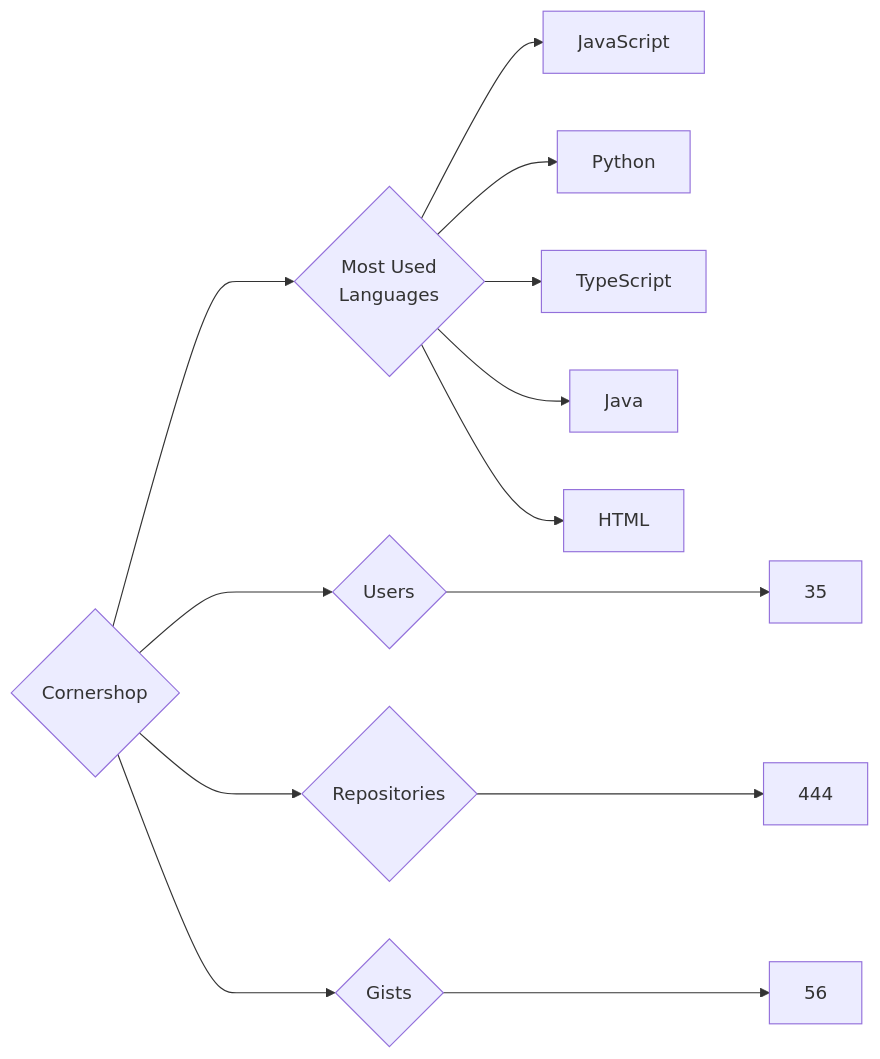
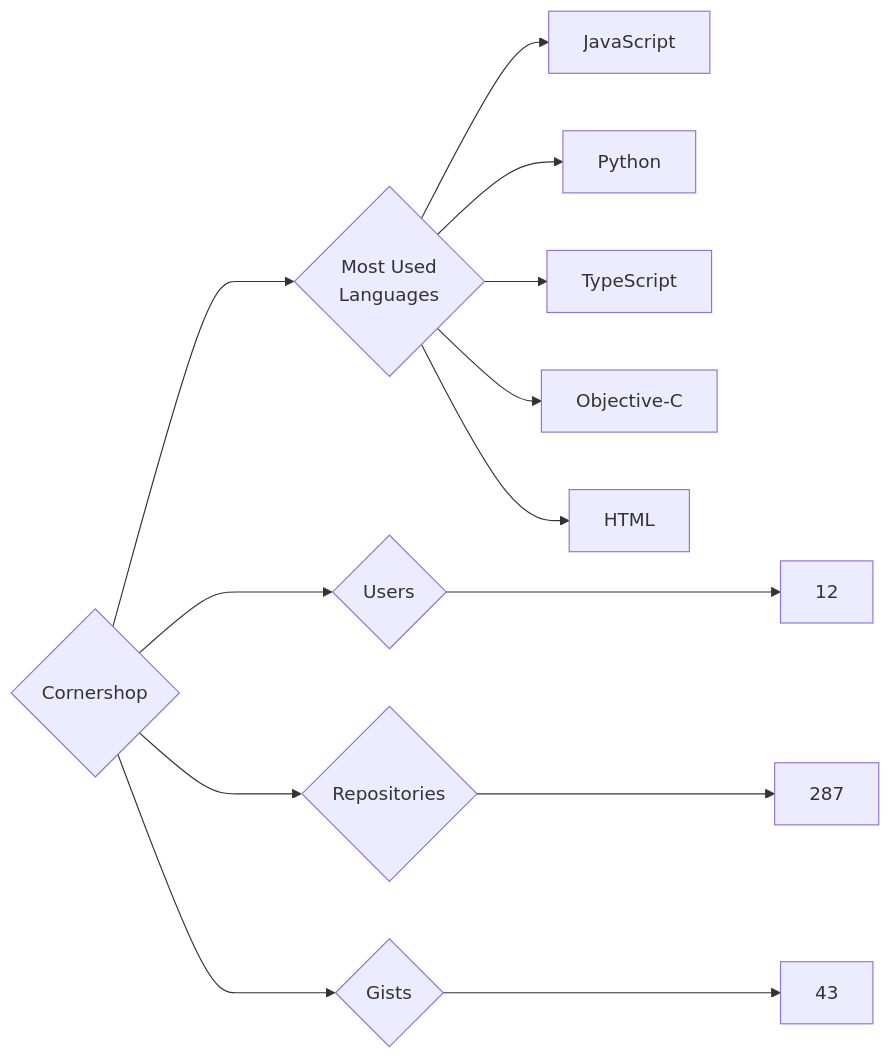
One commit to trickest/insiders changed the diagram in targets/Cornershop/README.md. Above: the diagram before and after it, drawn with Mermaid. The commit also changed 636 other files, not shown here.

````diff
--- a/targets/Cornershop/README.md
+++ b/targets/Cornershop/README.md
@@ -3,13 +3,13 @@
 ```mermaid
 graph LR
 COMPANY_NAME{Cornershop}
-COMPANY_NAME ---> U{Users} ---> UN[35]
-COMPANY_NAME ---> R{Repositories} ---> RN[444]
-COMPANY_NAME ---> G{Gists} ---> GN[56]
+COMPANY_NAME ---> U{Users} ---> UN[12]
+COMPANY_NAME ---> R{Repositories} ---> RN[287]
+COMPANY_NAME ---> G{Gists} ---> GN[43]
 COMPANY_NAME ---> ML{Most Used<br>Languages}
 ML --> JavaScript[JavaScript]
 ML --> Python[Python]
 ML --> TypeScript[TypeScript]
-ML --> Java[Java]
+ML --> Objective-C[Objective-C]
 ML --> HTML[HTML]
 ```
````
